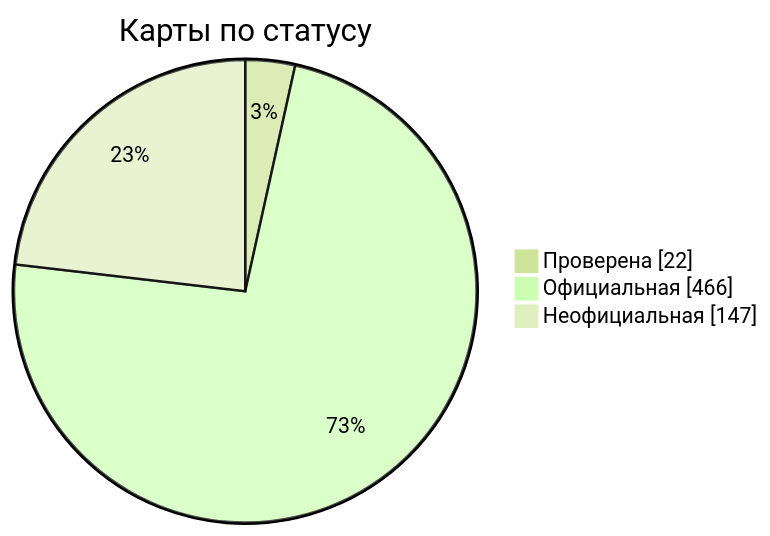
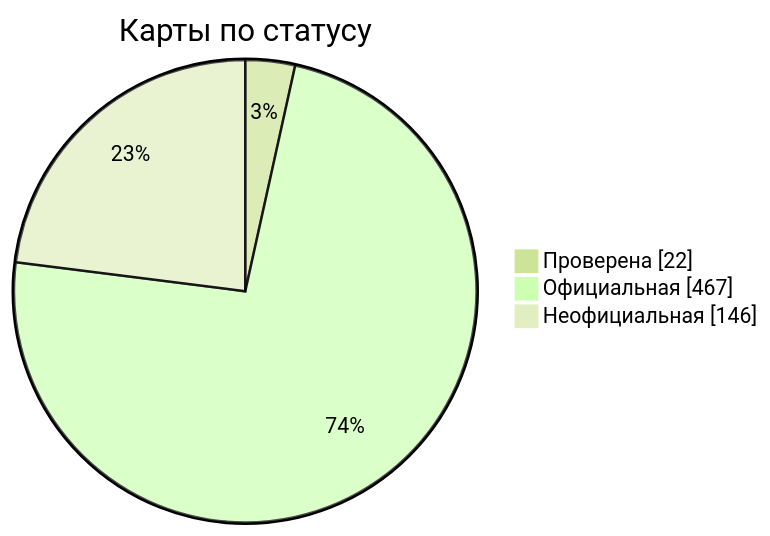
Before and after one commit to nobrega8/mbmap-library: the diagram in docs/readme/README_RU.md, drawn with Mermaid (forest theme). The commit also changed 6 other files, not shown here.

````diff
--- a/docs/readme/README_RU.md
+++ b/docs/readme/README_RU.md
@@ -54,7 +54,7 @@
 ```mermaid
 pie showData
     title Карты по статусу
     "Проверена" : 22
-    "Официальная" : 466
-    "Неофициальная" : 147
+    "Официальная" : 467
+    "Неофициальная" : 146
 ```
````
